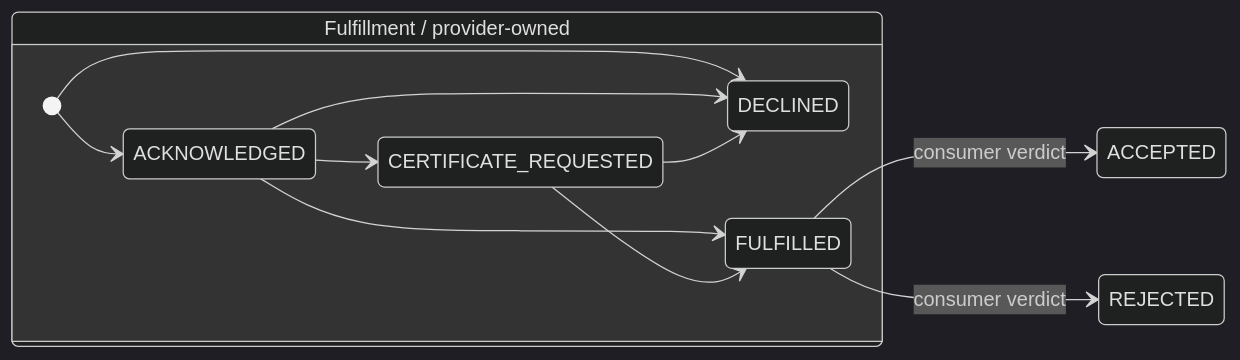
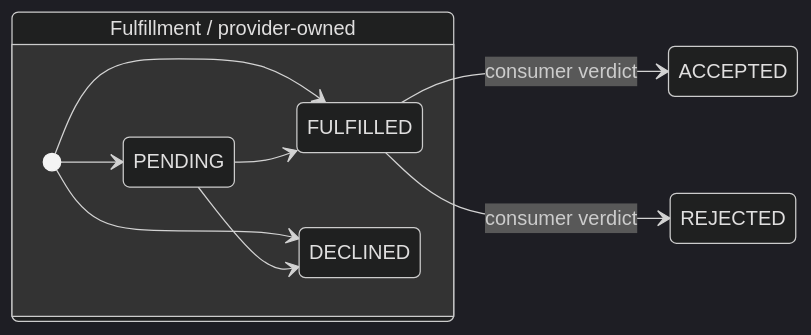
One commit to Metaform/certo changed the first of 5 diagrams in docs/FLOWS.md. Above: the diagram before and after it, drawn with Mermaid (dark theme). The commit also changed other lines of this file and 25 other files, not shown here.

````diff
--- a/docs/FLOWS.md
+++ b/docs/FLOWS.md
@@ -27,15 +27,13 @@
 ```mermaid
 stateDiagram-v2
     direction LR
     state "Fulfillment / provider-owned" as F {
-        [*] --> ACKNOWLEDGED
+        [*] --> PENDING
+        [*] --> FULFILLED
         [*] --> DECLINED
-        ACKNOWLEDGED --> CERTIFICATE_REQUESTED
-        ACKNOWLEDGED --> FULFILLED
-        ACKNOWLEDGED --> DECLINED
-        CERTIFICATE_REQUESTED --> FULFILLED
-        CERTIFICATE_REQUESTED --> DECLINED
+        PENDING --> FULFILLED
+        PENDING --> DECLINED
     }
     FULFILLED --> ACCEPTED: consumer verdict
     FULFILLED --> REJECTED: consumer verdict
 ```
````
